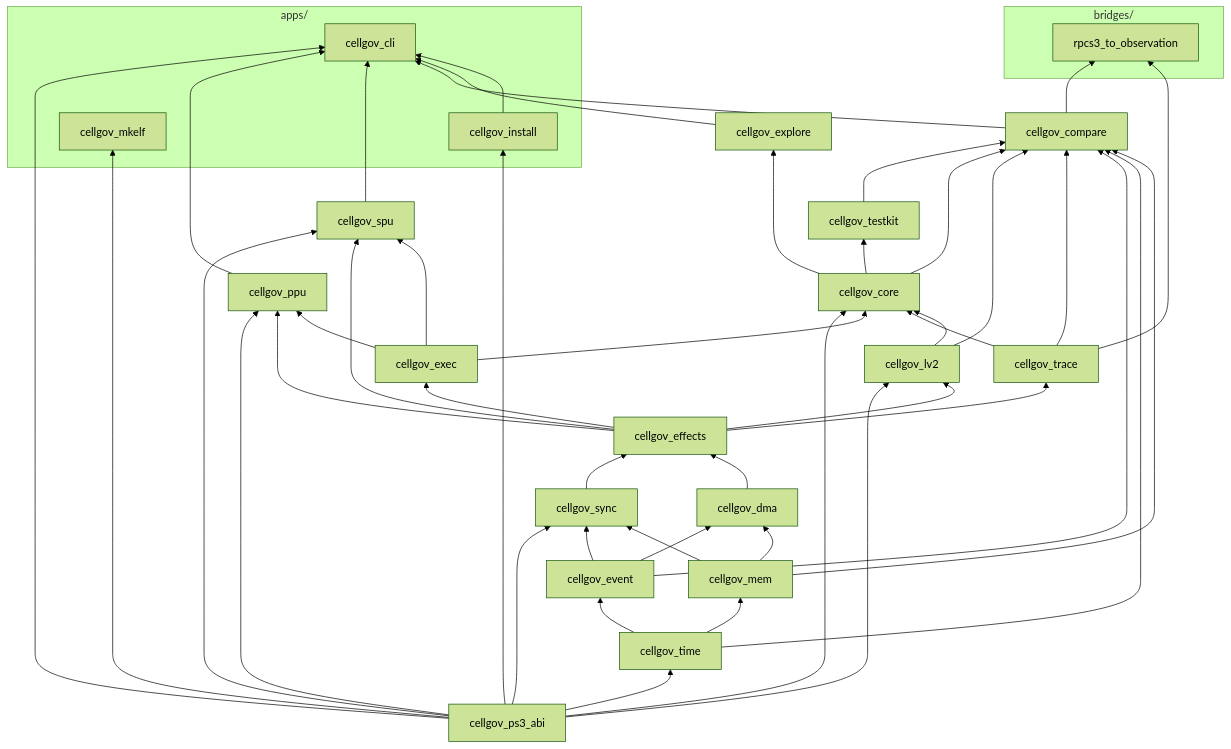
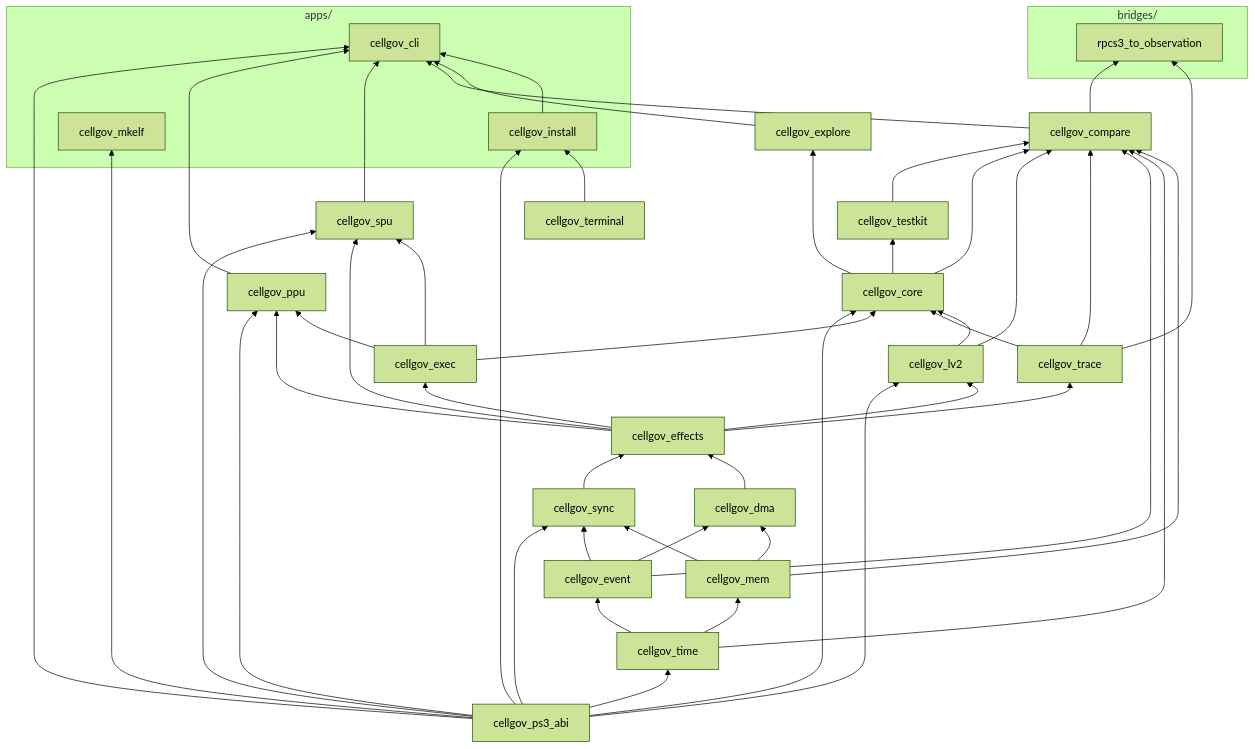
Before and after one commit to RoyalAce22/CellGov: the diagram in docs/architecture/workspace.md, drawn with Mermaid (forest theme). The commit also changed other lines of this file and 24 other files, not shown here.

````diff
--- a/docs/architecture/workspace.md
+++ b/docs/architecture/workspace.md
@@ -37,6 +37,7 @@
   ppu[cellgov_ppu]
   spu[cellgov_spu]
   testkit[cellgov_testkit]
+  terminal[cellgov_terminal]
   explore[cellgov_explore]
   compare[cellgov_compare]
 
@@ -93,4 +94,5 @@
 
   ppu ~~~ spu
   firmware --> cli
+  terminal --> firmware
 ```
````
